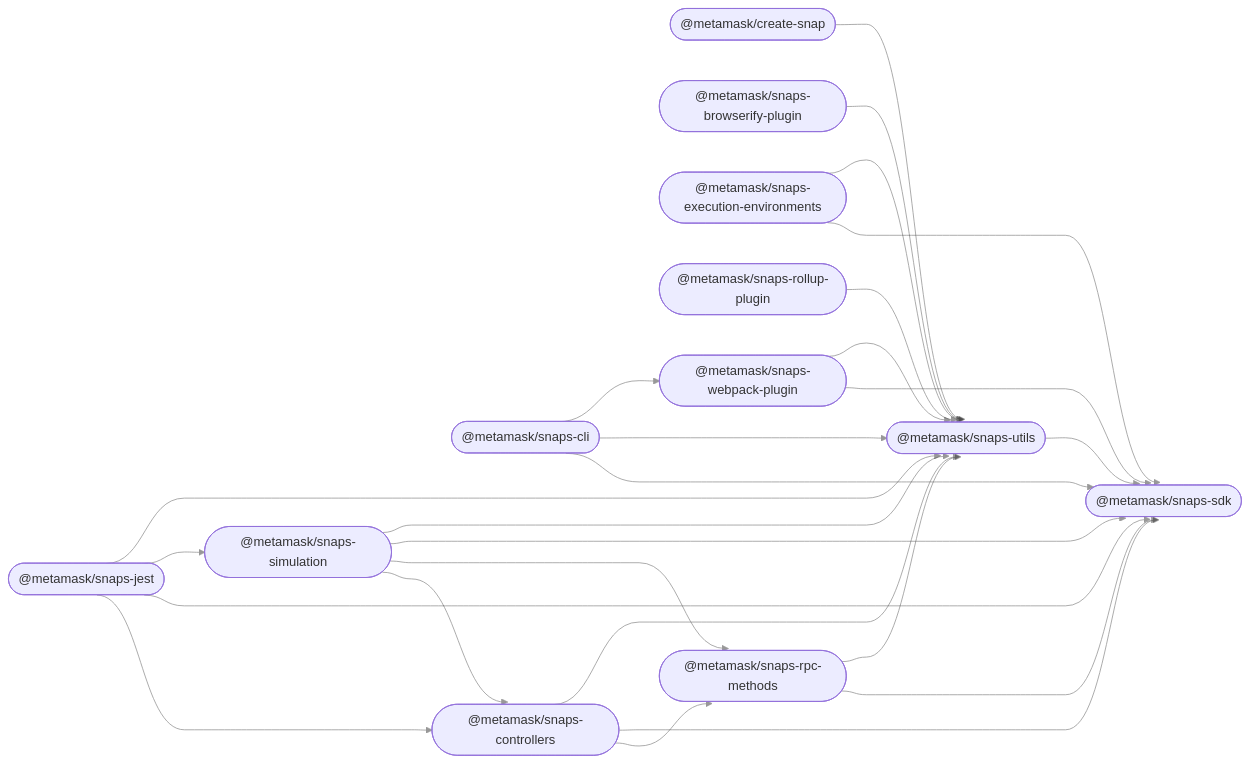
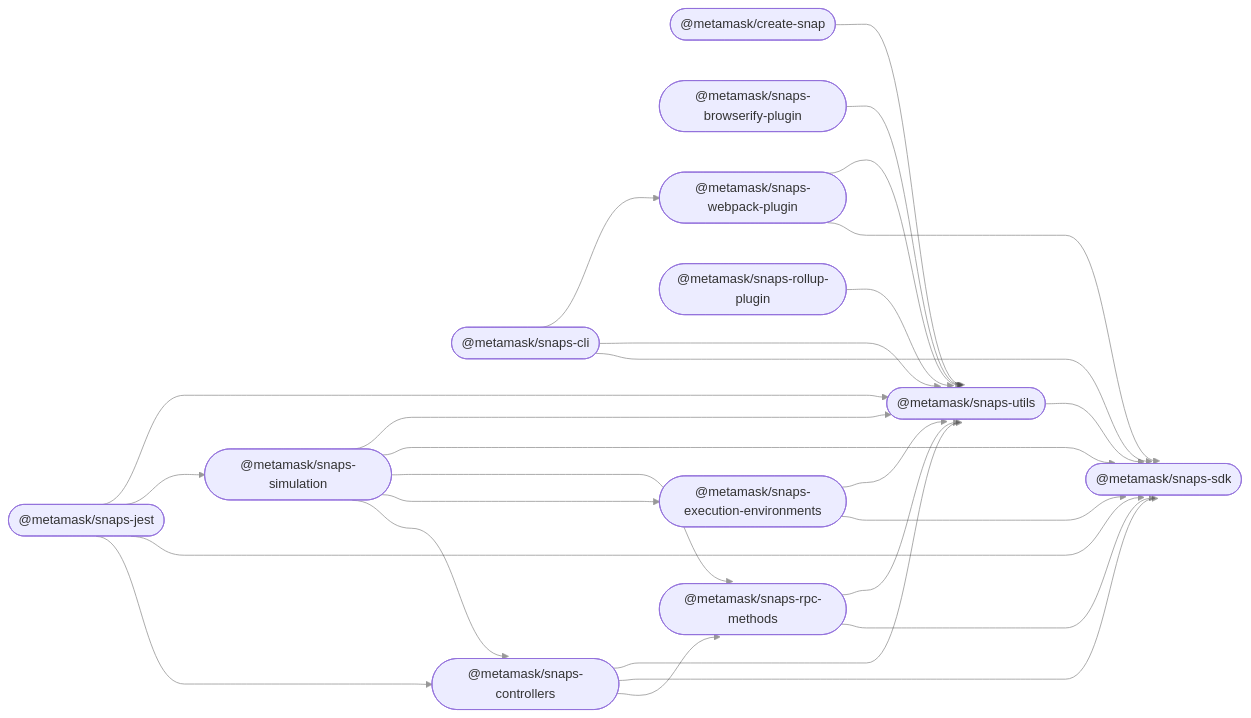
Before and after one commit to MetaMask/snaps: the diagram in README.md, drawn with Mermaid.

````diff
--- a/README.md
+++ b/README.md
@@ -31,41 +31,42 @@
 ```mermaid
 %%{ init: { 'flowchart': { 'curve': 'bumpX' } } }%%
 graph LR;
 linkStyle default opacity:0.5
   create_snap(["@metamask/create-snap"]);
   snaps_browserify_plugin(["@metamask/snaps-browserify-plugin"]);
   snaps_cli(["@metamask/snaps-cli"]);
   snaps_controllers(["@metamask/snaps-controllers"]);
   snaps_execution_environments(["@metamask/snaps-execution-environments"]);
   snaps_jest(["@metamask/snaps-jest"]);
   snaps_rollup_plugin(["@metamask/snaps-rollup-plugin"]);
   snaps_rpc_methods(["@metamask/snaps-rpc-methods"]);
   snaps_sdk(["@metamask/snaps-sdk"]);
   snaps_simulation(["@metamask/snaps-simulation"]);
   snaps_utils(["@metamask/snaps-utils"]);
   snaps_webpack_plugin(["@metamask/snaps-webpack-plugin"]);
   create_snap --> snaps_utils;
   snaps_browserify_plugin --> snaps_utils;
   snaps_cli --> snaps_sdk;
   snaps_cli --> snaps_utils;
   snaps_cli --> snaps_webpack_plugin;
   snaps_controllers --> snaps_rpc_methods;
   snaps_controllers --> snaps_sdk;
   snaps_controllers --> snaps_utils;
   snaps_execution_environments --> snaps_sdk;
   snaps_execution_environments --> snaps_utils;
   snaps_jest --> snaps_controllers;
   snaps_jest --> snaps_sdk;
   snaps_jest --> snaps_simulation;
   snaps_jest --> snaps_utils;
   snaps_rollup_plugin --> snaps_utils;
   snaps_rpc_methods --> snaps_sdk;
   snaps_rpc_methods --> snaps_utils;
   snaps_simulation --> snaps_controllers;
+  snaps_simulation --> snaps_execution_environments;
   snaps_simulation --> snaps_rpc_methods;
   snaps_simulation --> snaps_sdk;
   snaps_simulation --> snaps_utils;
   snaps_utils --> snaps_sdk;
   snaps_webpack_plugin --> snaps_sdk;
   snaps_webpack_plugin --> snaps_utils;
 ```
````
